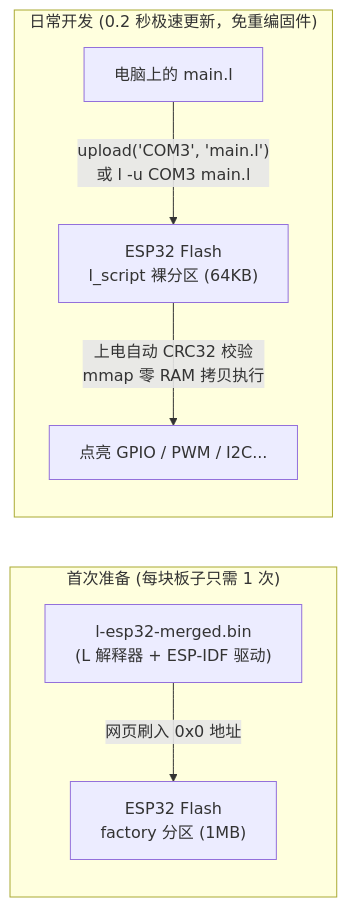
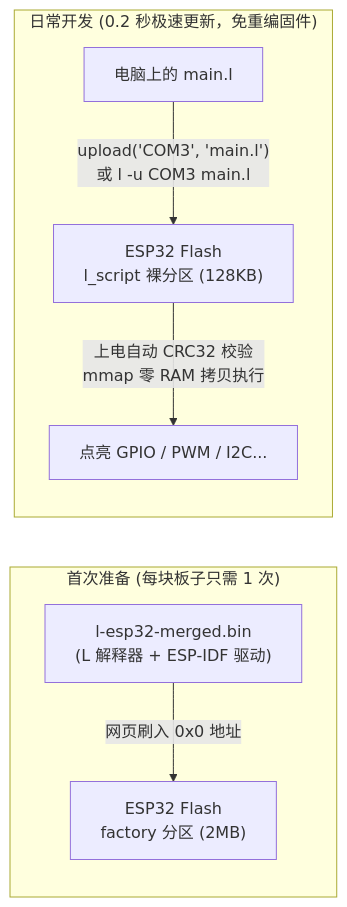
One commit to yongyaoli/lang changed the diagram in esp32/ESP32_GUIDE.md. Above: the diagram before and after it, drawn with Mermaid. The commit also changed other lines of this file and 102 other files, not shown here.

````diff
--- a/esp32/ESP32_GUIDE.md
+++ b/esp32/ESP32_GUIDE.md
@@ -29,10 +29,10 @@
 ```mermaid
 flowchart LR
     subgraph Once["首次准备 (每块板子只需 1 次)"]
-        FW["l-esp32-merged.bin<br/>(L 解释器 + ESP-IDF 驱动)"] -- "网页刷入 0x0 地址" --> Chip["ESP32 Flash<br/>factory 分区 (1MB)"]
+        FW["l-esp32-merged.bin<br/>(L 解释器 + ESP-IDF 驱动)"] -- "网页刷入 0x0 地址" --> Chip["ESP32 Flash<br/>factory 分区 (2MB)"]
     end
     subgraph Daily["日常开发 (0.2 秒极速更新，免重编固件)"]
-        Code["电脑上的 main.l"] -- "upload('COM3', 'main.l')<br/>或 l -u COM3 main.l" --> Part["ESP32 Flash<br/>l_script 裸分区 (64KB)"]
+        Code["电脑上的 main.l"] -- "upload('COM3', 'main.l')<br/>或 l -u COM3 main.l" --> Part["ESP32 Flash<br/>l_script 裸分区 (128KB)"]
         Part -- "上电自动 CRC32 校验<br/>mmap 零 RAM 拷贝执行" --> Run["点亮 GPIO / PWM / I2C..."]
     end
 ```
````
